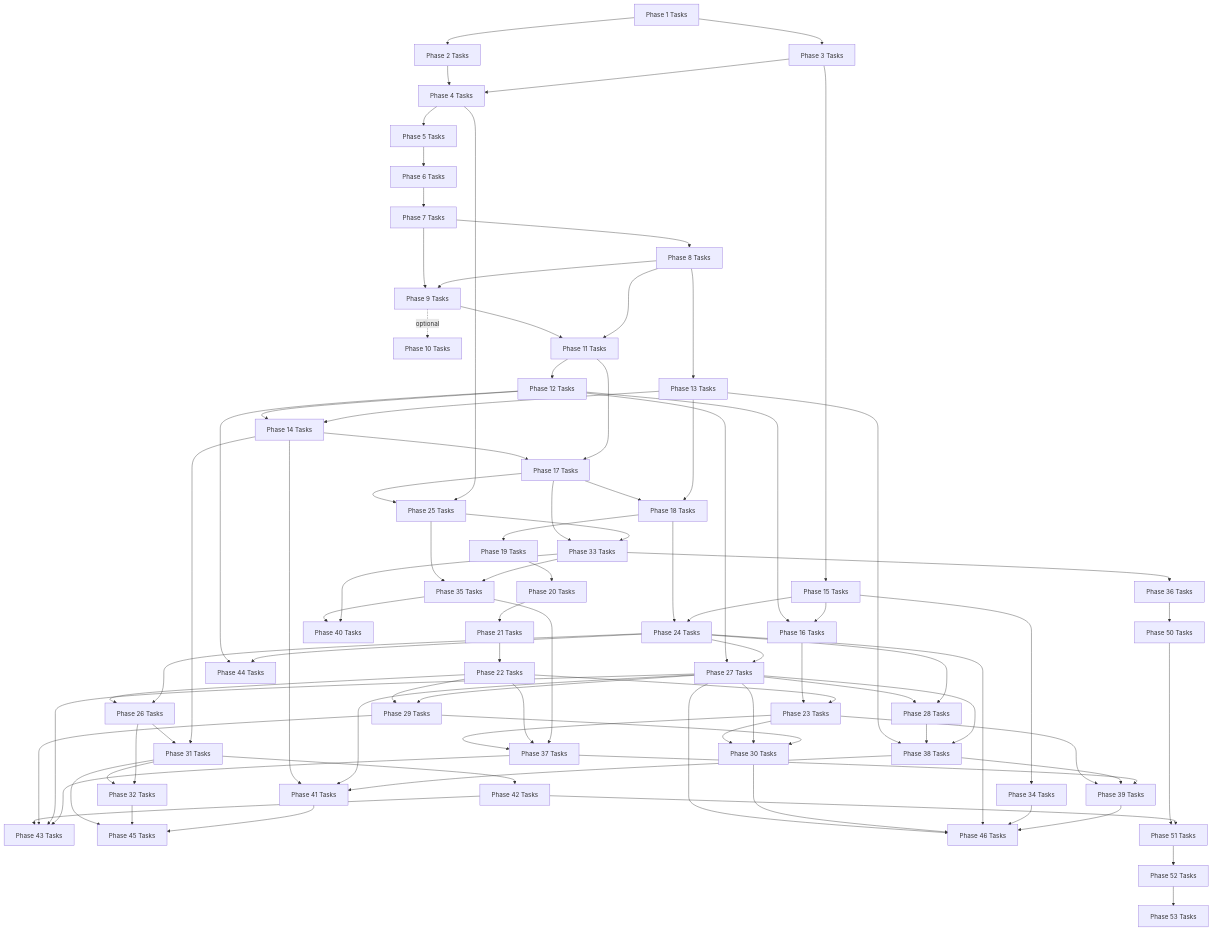
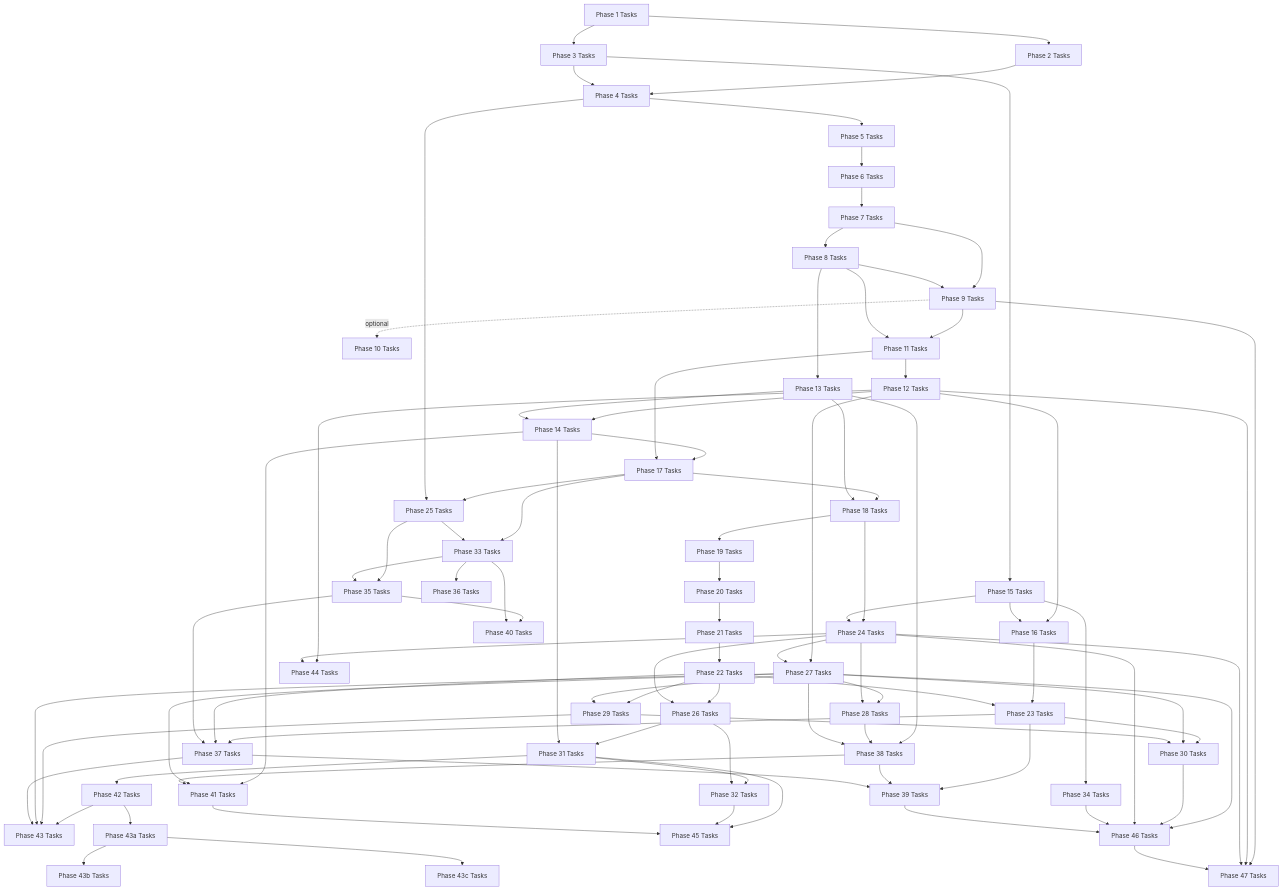
One commit to mikecubed/m3OS changed the diagram in docs/roadmap/tasks/README.md. Above: the diagram before and after it, drawn with Mermaid. The commit also changed other lines of this file and 51 other files, not shown here.

````diff
--- a/docs/roadmap/tasks/README.md
+++ b/docs/roadmap/tasks/README.md
@@ -114,6 +114,9 @@
     P29 --> P43
     P27 --> P43
     P37 --> P43
+    P42 --> P43a["Phase 43a Tasks"]
+    P43a --> P43b["Phase 43b Tasks"]
+    P43a --> P43c["Phase 43c Tasks"]
     P12 --> P44["Phase 44 Tasks"]
     P24 --> P44
     P31 --> P45["Phase 45 Tasks"]
@@ -124,11 +127,8 @@
     P24 --> P46
     P34 --> P46
     P39 --> P46
-
-    %% Cross-compiled runtimes
-    P36 --> P50["Phase 50 Tasks"]
-    P50 --> P51["Phase 51 Tasks"]
-    P42 --> P51
-    P51 --> P52["Phase 52 Tasks"]
-    P52 --> P53["Phase 53 Tasks"]
+    P9 --> P47["Phase 47 Tasks"]
+    P12 --> P47
+    P24 --> P47
+    P46 --> P47
 ```
````
